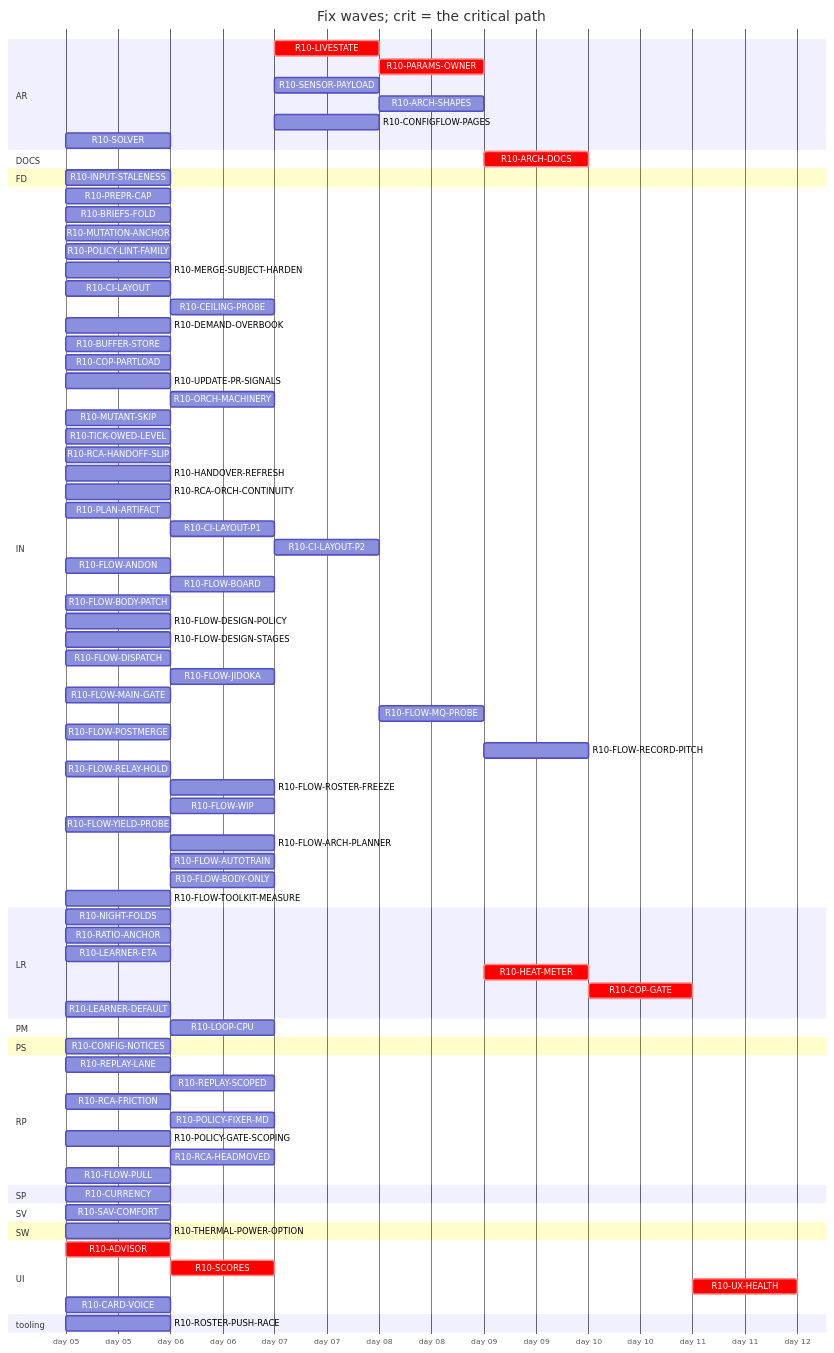
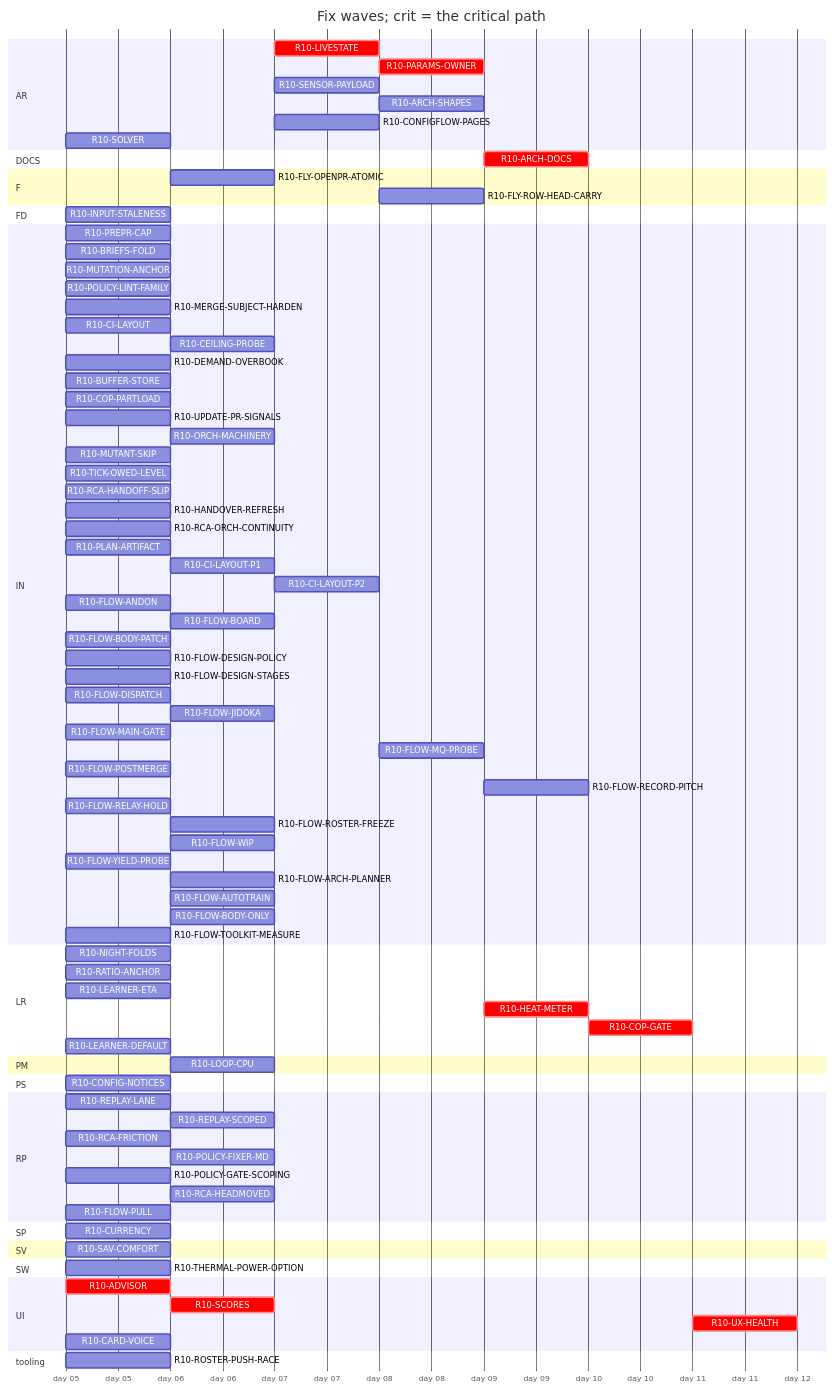
One commit to tvofi/heatpump_optimizer changed the diagram in handoff/round10/state/PLAN-TABLE.md. Above: the diagram before and after it, drawn with Mermaid. The commit also changed other lines of this file and 1 other file, not shown here.

```diff
--- a/handoff/round10/state/PLAN-TABLE.md
+++ b/handoff/round10/state/PLAN-TABLE.md
@@ -37,6 +38,9 @@
     R10-SOLVER :r10SOLVER, 2026-01-05, 1d
   section DOCS
     R10-ARCH-DOCS :crit, r10ARCHDOCS, after r10NIGHTFOLDS r10RATIOANCHOR r10INPUTSTALENESS r10CURRENCY r10LOOPCPU r10ADVISOR r10SCORES r10LIVESTATE r10CONFIGNOTICES r10PARAMSOWNER r10SENSORPAYLOAD r10ARCHSHAPES r10LEARNERETA r10HEATMETER r10COPGATE r10UXHEALTH r10CONFIGFLOWPAGES r10SOLVER r10BRIEFSFOLD r10REPLAYLANE r10REPLAYSCOPED, 1d
+  section F
+    R10-FLY-OPENPR-ATOMIC :r10FLYOPENPRATOMIC, after r10UPDATEPRSIGNALS, 1d
+    R10-FLY-ROW-HEAD-CARRY :r10FLYROWHEADCARRY, after r10CILAYOUTP2 r10FLYOPENPRATOMIC, 1d
   section FD
     R10-INPUT-STALENESS :r10INPUTSTALENESS, 2026-01-05, 1d
   section IN
```
